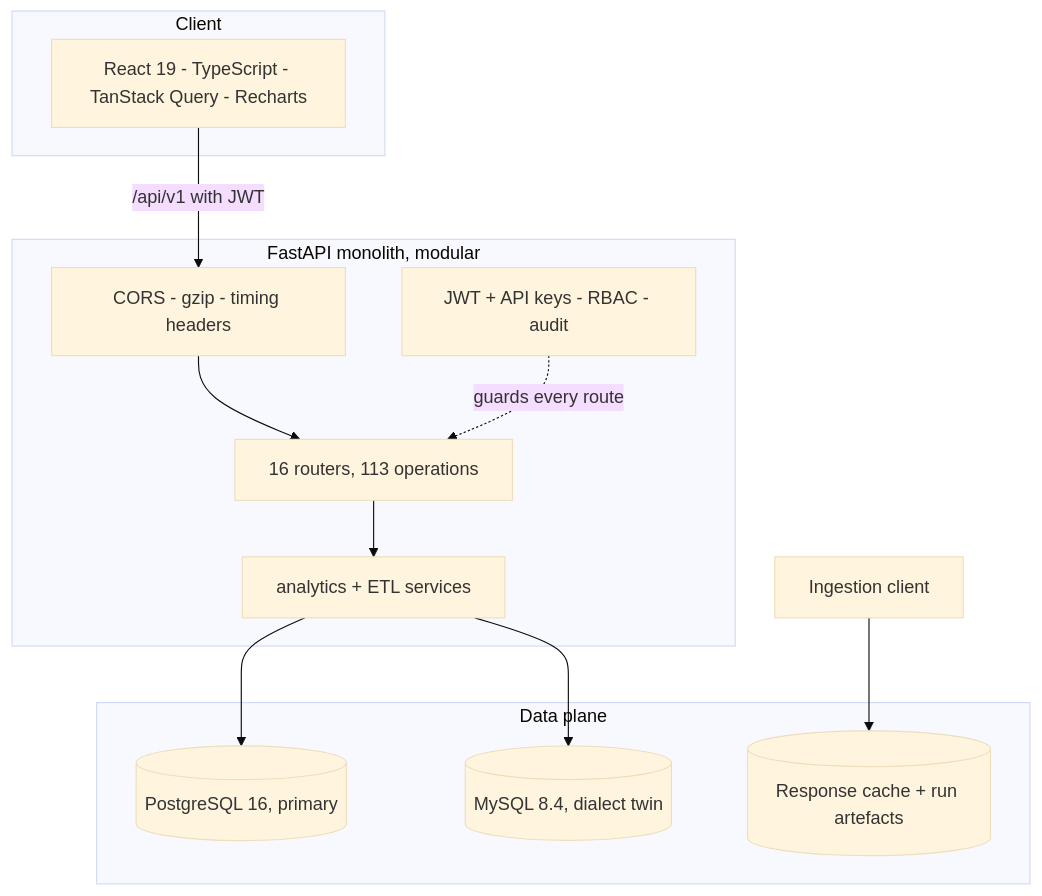
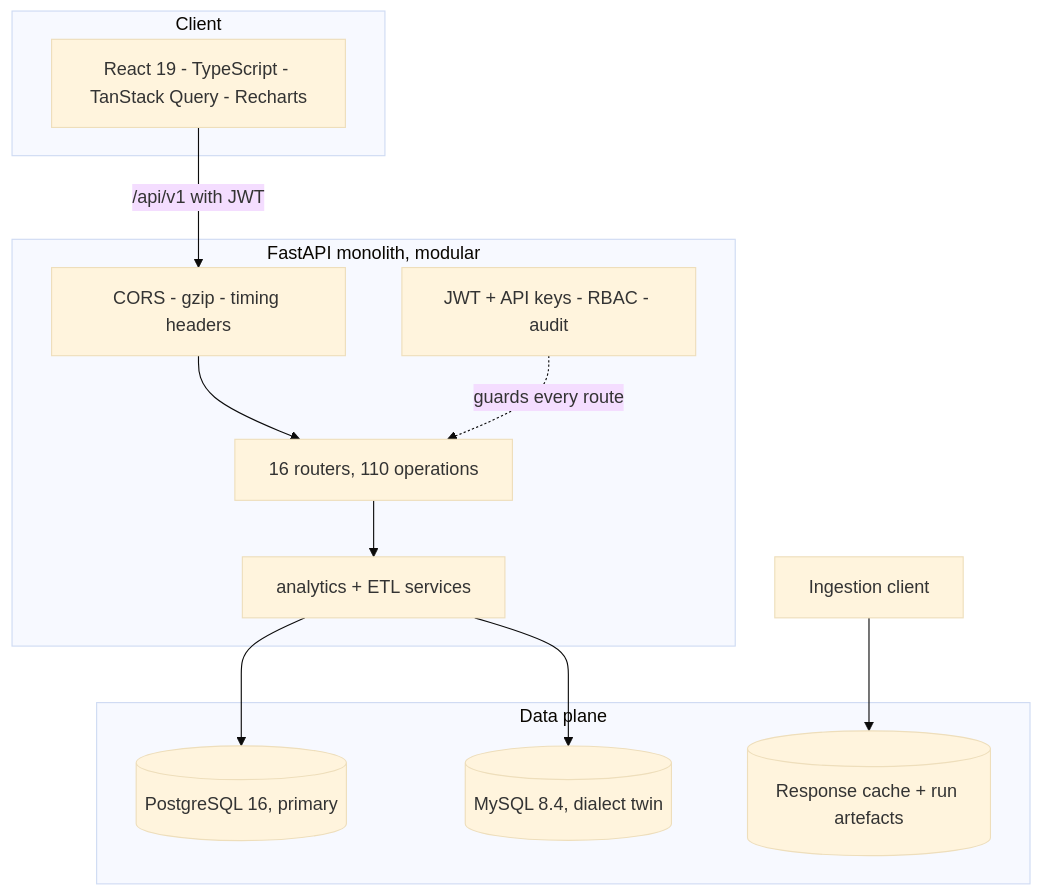
Before and after one commit to Ahmedbakr78/Web-to-Warehouse-Product-Intelligence-Pipeline: the third of 14 diagrams in README.md, drawn with Mermaid (base theme). The commit also changed other lines of this file and 1 other file, not shown here.

First line of the commit message:
Refine architecture documentation and server cleanup

````diff
--- a/README.md
+++ b/README.md
@@ -317,22 +317,22 @@
 ```mermaid
 flowchart TB
     subgraph Browser["Client"]
         RE["React 19 - TypeScript - TanStack Query - Recharts"]
     end
     subgraph Server["FastAPI monolith, modular"]
         MW["CORS - gzip - timing headers"]
-        RT["16 routers, 113 operations"]
+        RT["16 routers, 110 operations"]
         SV["analytics + ETL services"]
         SEC["JWT + API keys - RBAC - audit"]
         MW --> RT --> SV
         SEC -.guards every route.-> RT
     end
     subgraph Data["Data plane"]
         PG[("PostgreSQL 16, primary")]
         MY[("MySQL 8.4, dialect twin")]
         FS[("Response cache + run artefacts")]
     end
     RE -->|"/api/v1 with JWT"| MW
     SV --> PG & MY
     HC2["Ingestion client"] --> FS
 ```
````
